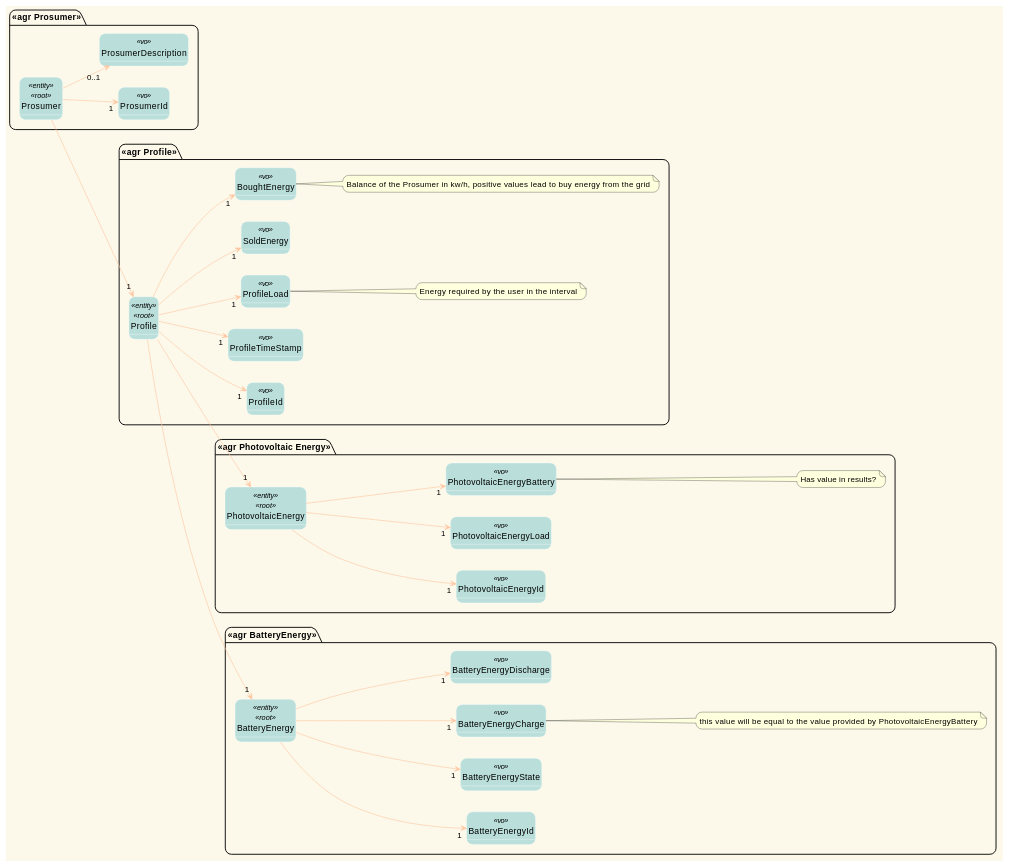
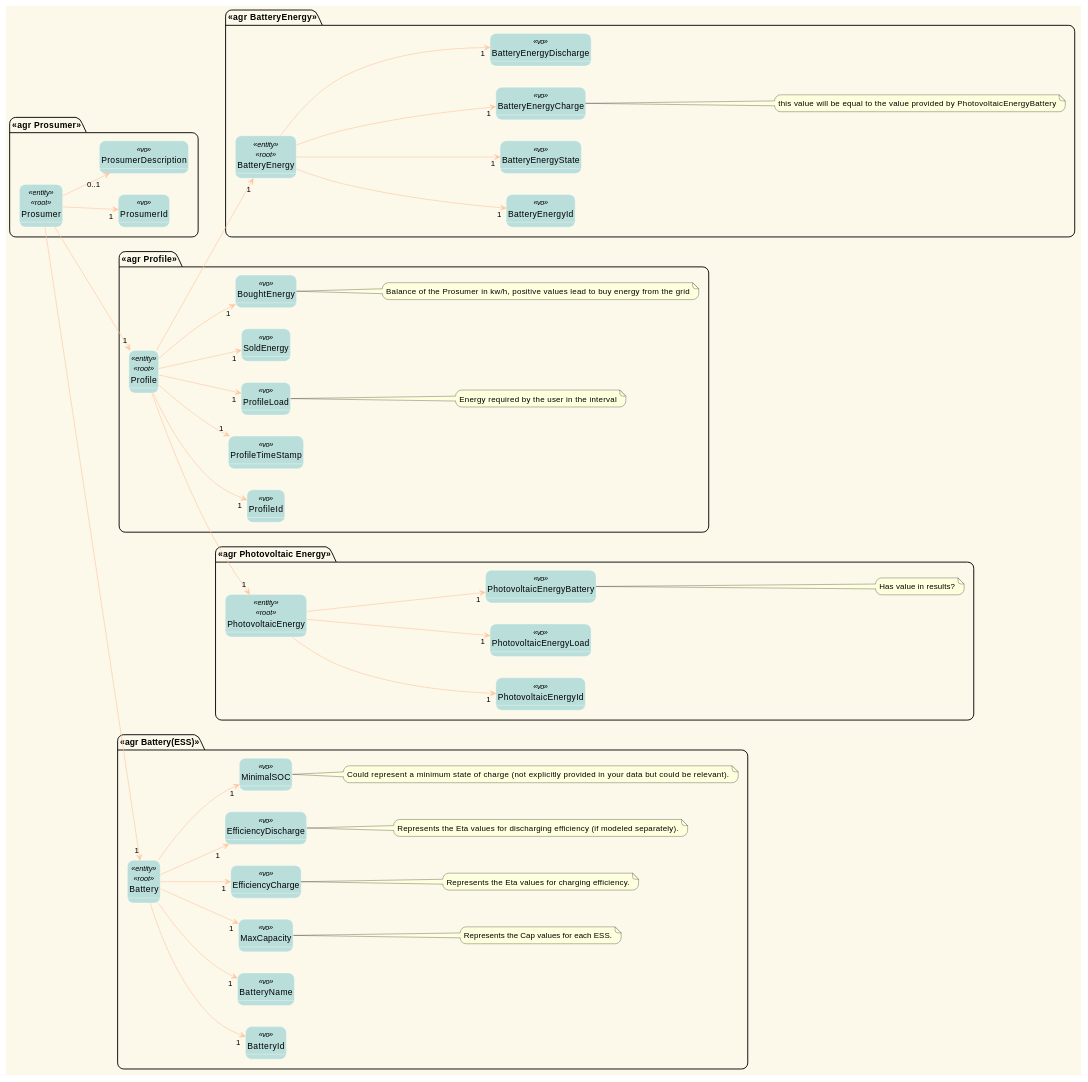
One commit to Phenriquerafael/EnergyComunitiesPlatform changed the seventh of 20 diagrams in Documentation/README.md. Above: the diagram before and after it, drawn with PlantUML. The commit also changed other lines of this file and 1 other file, not shown here.

````diff
--- a/Documentation/README.md
+++ b/Documentation/README.md
@@ -661,6 +703,44 @@
     Profile --> "1" BatteryEnergy
 
 }
+
+
+package "<<agr Battery(ESS)>>"{
+    class Battery<<entity>><<root>>{}
+    class BatteryId<<vo>>{}
+    class BatteryName<<vo>>{}
+    class MaxCapacity<<vo>>{}
+    class EfficiencyCharge<<vo>>{}
+    class EfficiencyDischarge <<vo>>{}
+    class MinimalSOC <<vo>>{}
+
+    Prosumer --> "1" Battery
+    Battery --> "1" BatteryId
+    Battery --> "1" BatteryName
+    Battery --> "1" MaxCapacity
+    Battery --> "1" EfficiencyCharge
+    Battery --> "1" EfficiencyDischarge
+    Battery --> "1" MinimalSOC 
+
+    note right of MaxCapacity 
+    Represents the Cap values for each ESS.
+    end note
+
+    note right of EfficiencyCharge
+    Represents the Eta values for charging efficiency.
+    end note
+
+    note right of EfficiencyDischarge
+     Represents the Eta values for discharging efficiency (if modeled separately).
+     end note
+
+    note right of MinimalSOC
+      Could represent a minimum state of charge (not explicitly provided in your data but could be relevant).
+    end note
+
+
+
+}
 @enduml
 
 ```
````
